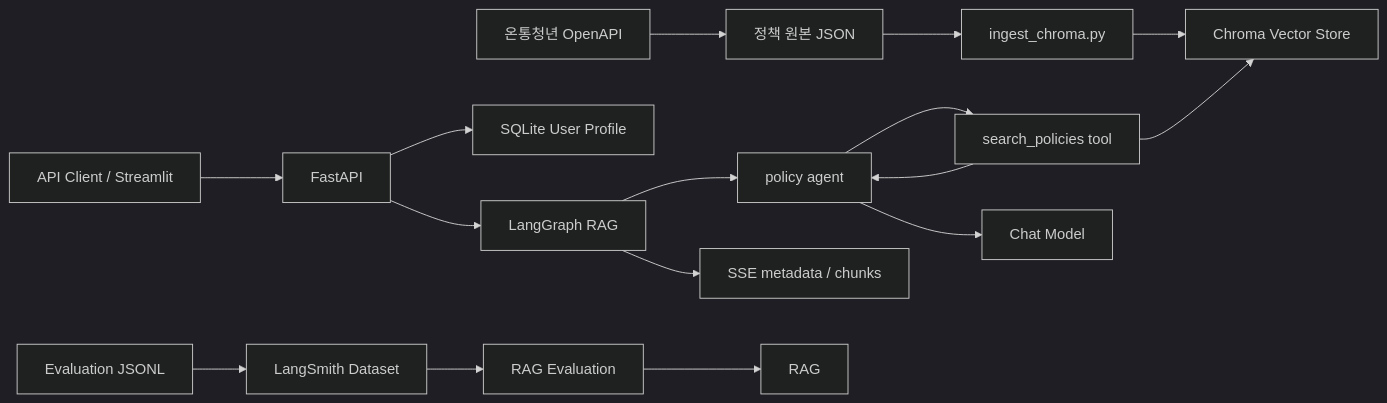
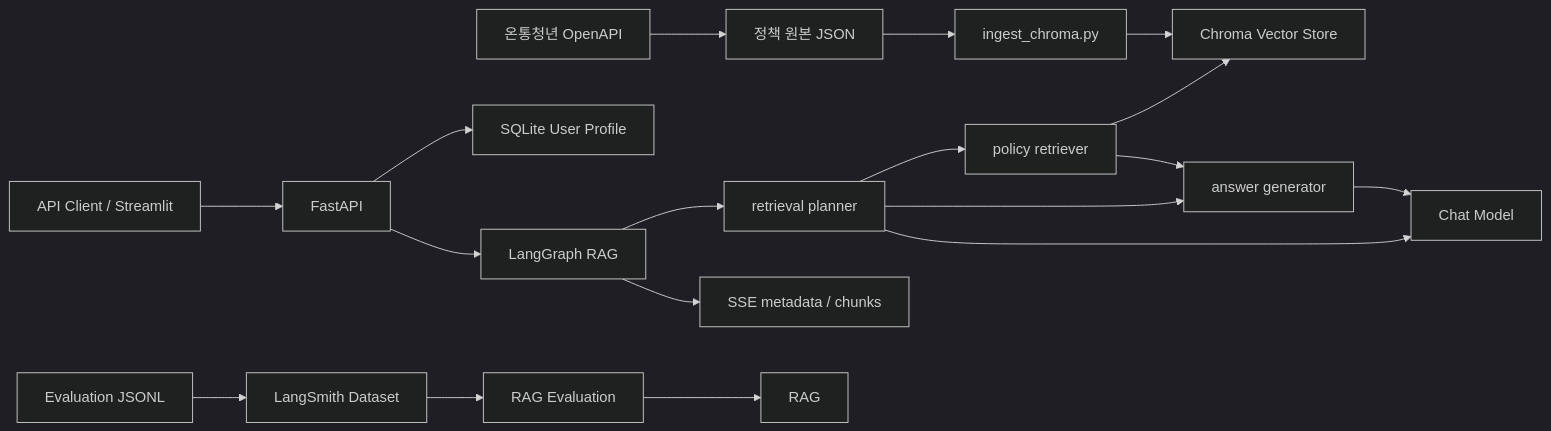
Before and after one commit to SungjinWi99/Youth-Policy-RAG: the diagram in README.md, drawn with Mermaid (dark theme). The commit also changed other lines of this file and 8 other files, not shown here.

````diff
--- a/README.md
+++ b/README.md
@@ -21,20 +21,22 @@
 ```mermaid
 flowchart LR
     API["온통청년 OpenAPI"] --> RAW["정책 원본 JSON"]
     RAW --> INGEST["ingest_chroma.py"]
     INGEST --> CHROMA["Chroma Vector Store"]
 
     CLIENT["API Client / Streamlit"] --> FASTAPI["FastAPI"]
     FASTAPI --> USERDB["SQLite User Profile"]
     FASTAPI --> GRAPH["LangGraph RAG"]
-    GRAPH --> AGENT["policy agent"]
-    AGENT --> TOOLS["search_policies tool"]
-    TOOLS --> CHROMA
-    TOOLS --> AGENT
-    AGENT --> LLM["Chat Model"]
+    GRAPH --> PLANNER["retrieval planner"]
+    PLANNER --> RETRIEVER["policy retriever"]
+    RETRIEVER --> CHROMA
+    PLANNER --> GENERATOR["answer generator"]
+    RETRIEVER --> GENERATOR
+    PLANNER --> LLM["Chat Model"]
+    GENERATOR --> LLM
     GRAPH --> SSE["SSE metadata / chunks"]
 
     EVALDATA["Evaluation JSONL"] --> LANGSMITH["LangSmith Dataset"]
     LANGSMITH --> EVALRUN["RAG Evaluation"]
     EVALRUN --> RAG
 ```
````
